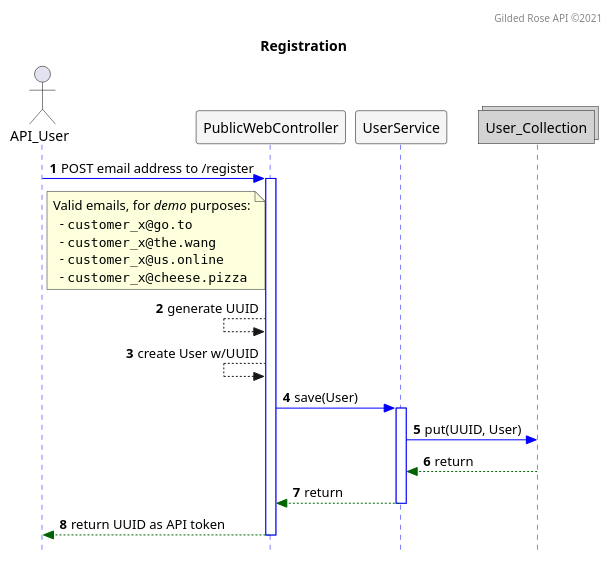
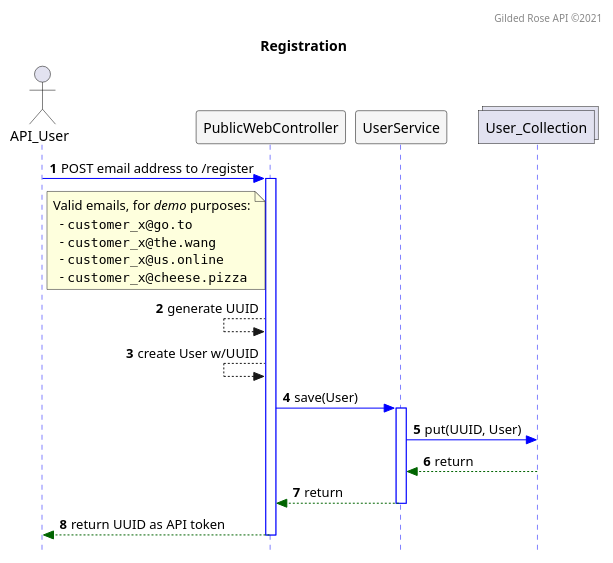
Before and after one commit to bladewheels/GildedRoseAPI: the diagram in src/main/resources/seq.register.puml, drawn with PlantUML.

```diff
--- a/src/main/resources/seq.register.puml
+++ b/src/main/resources/seq.register.puml
@@ -1,42 +1,43 @@
 @startuml
 
 skinparam style strictuml
 skinparam sequence {
 responseMessageBelowArrow true
 ActorBorderColor Black
+CollectionsBackgroundColor LightSlateGrey
 CollectionsBorderColor DimGrey
 LifeLineBorderColor Blue
 ParticipantBackgroundColor WhiteSmoke
 ParticipantBorderColor Black
 }
 autonumber
 hide footbox
 
 title Registration
 header Gilded Rose API ©2021
 
 actor API_User
 participant PublicWebController
 participant UserService
-collections User_Collection #D3D3D3
+collections User_Collection
 
 API_User -[#0000FF]> PublicWebController : POST email address to /register
 note right of API_User
  Valid emails, for //demo// purposes:
    - ""customer_x@go.to""
    - ""customer_x@the.wang""
    - ""customer_x@us.online""
    - ""customer_x@cheese.pizza""
 end note
 activate PublicWebController
 PublicWebController <-- PublicWebController : generate UUID
 PublicWebController <-- PublicWebController : create User w/UUID
 PublicWebController -[#0000FF]> UserService : save(User)
 activate UserService
 UserService -[#0000FF]> User_Collection : put(UUID, User)
 UserService <[#DarkGreen]-- User_Collection : return
 PublicWebController <[#DarkGreen]-- UserService : return
 deactivate UserService
 API_User <[#DarkGreen]-- PublicWebController : return UUID as API token
 deactivate PublicWebController
 @enduml
```
